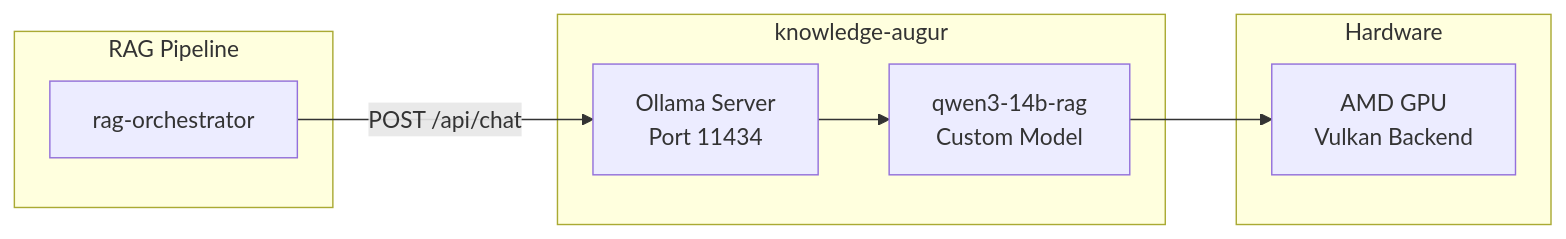
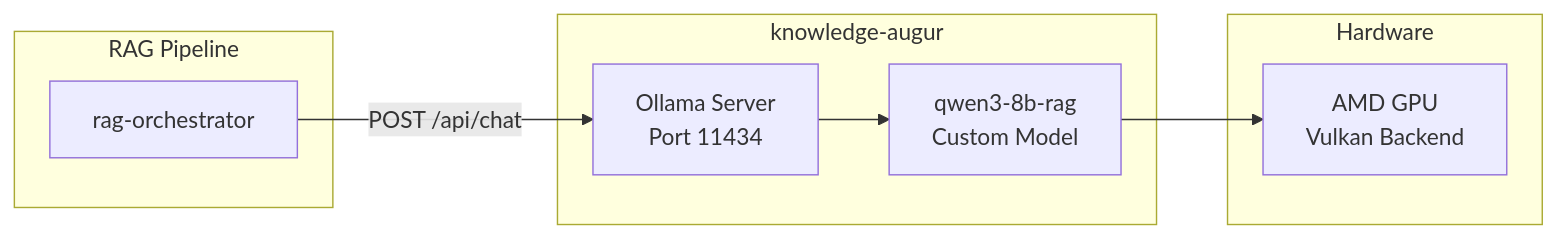
Before and after one commit to Kaikei-e/Alt: the diagram in docs/services/knowledge-augur.md, drawn with Mermaid. The commit also changed other lines of this file, not shown here.

Commit message:
docs(knowledge-augur): update model reference from qwen3-14b to qwen3-8b

````diff
--- a/docs/services/knowledge-augur.md
+++ b/docs/services/knowledge-augur.md
@@ -16,19 +16,19 @@
 ```mermaid
 flowchart LR
     subgraph RAG Pipeline
         RagOrch[rag-orchestrator]
     end
 
     subgraph knowledge-augur
         Ollama[Ollama Server<br/>Port 11434]
-        Model[qwen3-14b-rag<br/>Custom Model]
+        Model[qwen3-8b-rag<br/>Custom Model]
     end
 
     subgraph Hardware
         GPU[AMD GPU<br/>Vulkan Backend]
     end
 
     RagOrch -->|POST /api/chat| Ollama
     Ollama --> Model
     Model --> GPU
 ```
````
